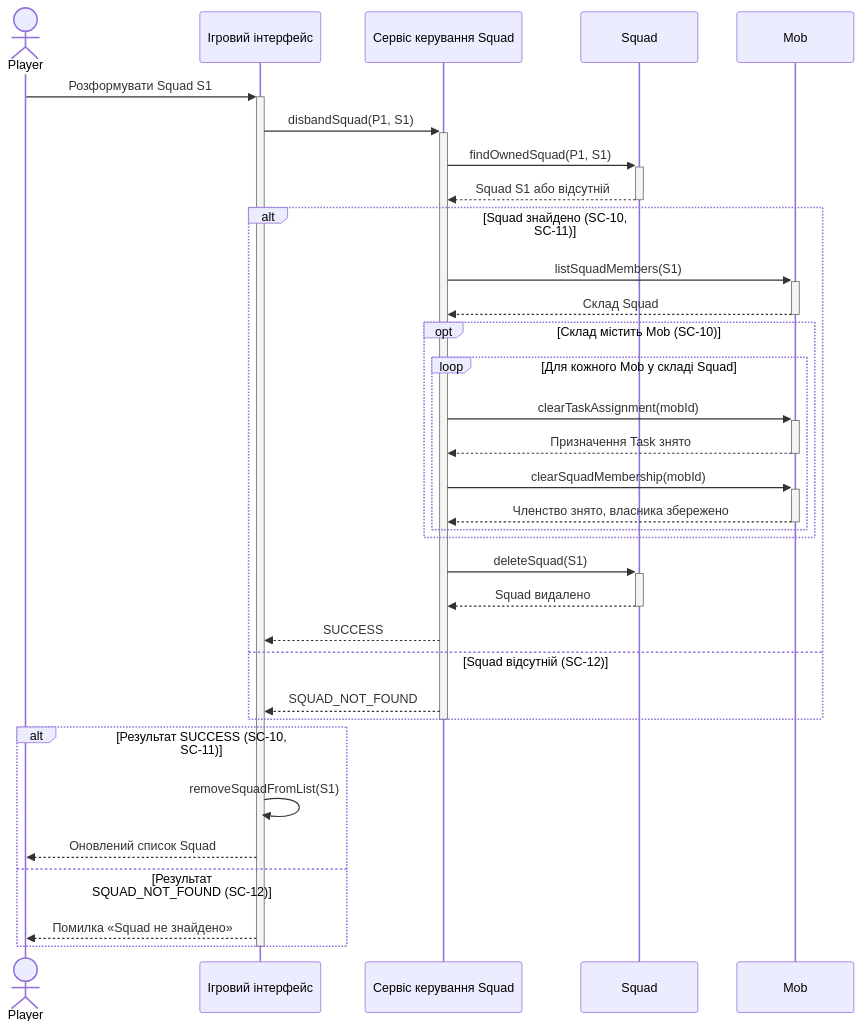
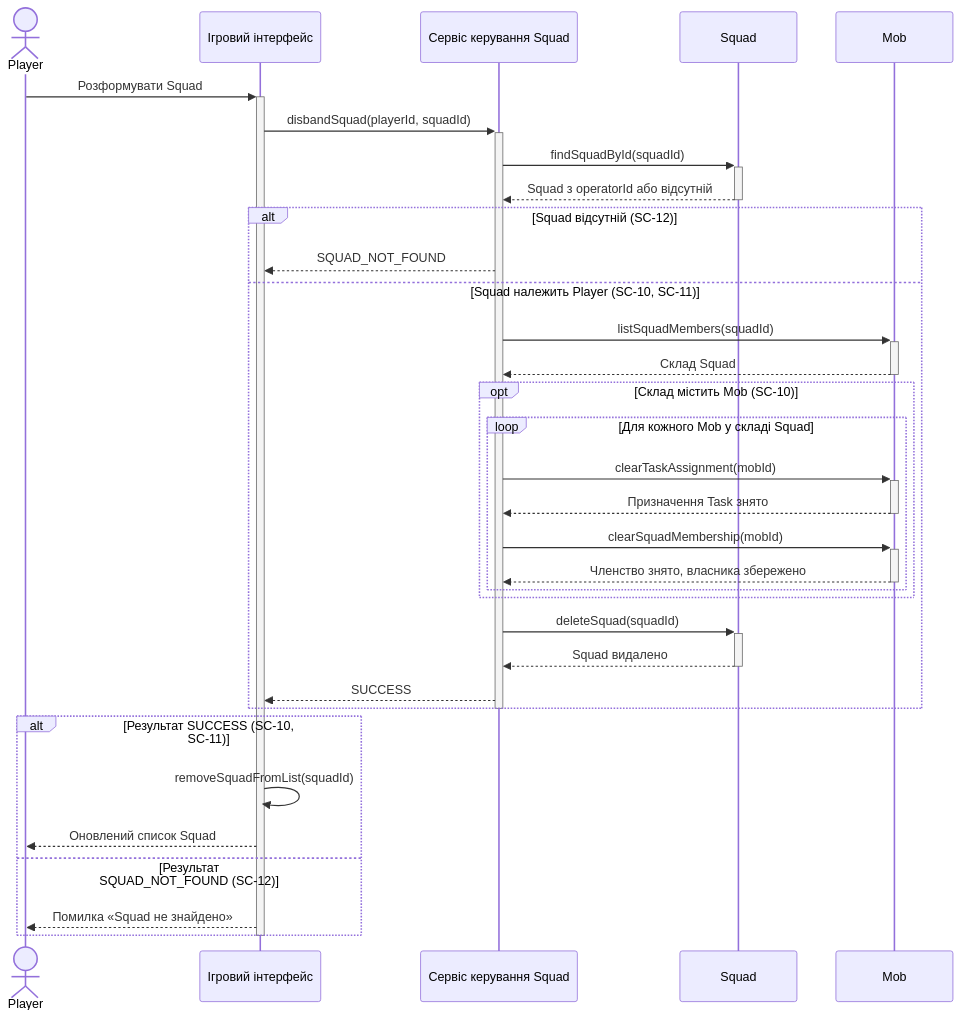
The diagram in lab3/uc04.mmd (wectorJ/kpi-2), drawn with Mermaid before and after one commit. The commit also changed 4 other files, not shown here.

Commit message:
add: SC-13 seq-diagram and spec

```diff
--- a/lab3/uc04.mmd
+++ b/lab3/uc04.mmd
@@ -1,36 +1,36 @@
 sequenceDiagram
     actor P as Player
     participant UI as Ігровий інтерфейс
     participant S as Сервіс керування Squad
     participant Squad as Squad
     participant Mob as Mob
 
-    P->>+UI: Розформувати Squad S1
-    UI->>+S: disbandSquad(P1, S1)
-    S->>+Squad: findOwnedSquad(P1, S1)
-    Squad-->>-S: Squad S1 або відсутній
-    alt Squad знайдено (SC-10, SC-11)
-        S->>+Mob: listSquadMembers(S1)
+    P->>+UI: Розформувати Squad
+    UI->>+S: disbandSquad(playerId, squadId)
+    S->>+Squad: findSquadById(squadId)
+    Squad-->>-S: Squad з operatorId або відсутній
+    alt Squad відсутній (SC-12)
+        S-->>UI: SQUAD_NOT_FOUND
+    else Squad належить Player (SC-10, SC-11)
+        S->>+Mob: listSquadMembers(squadId)
         Mob-->>-S: Склад Squad
         opt Склад містить Mob (SC-10)
             loop Для кожного Mob у складі Squad
                 S->>+Mob: clearTaskAssignment(mobId)
                 Mob-->>-S: Призначення Task знято
                 S->>+Mob: clearSquadMembership(mobId)
                 Mob-->>-S: Членство знято, власника збережено
             end
         end
-        S->>+Squad: deleteSquad(S1)
+        S->>+Squad: deleteSquad(squadId)
         Squad-->>-S: Squad видалено
         S-->>UI: SUCCESS
-    else Squad відсутній (SC-12)
-        S-->>UI: SQUAD_NOT_FOUND
     end
     deactivate S
     alt Результат SUCCESS (SC-10, SC-11)
-        UI->>UI: removeSquadFromList(S1)
+        UI->>UI: removeSquadFromList(squadId)
         UI-->>P: Оновлений список Squad
     else Результат SQUAD_NOT_FOUND (SC-12)
         UI-->>P: Помилка «Squad не знайдено»
     end
     deactivate UI
```
